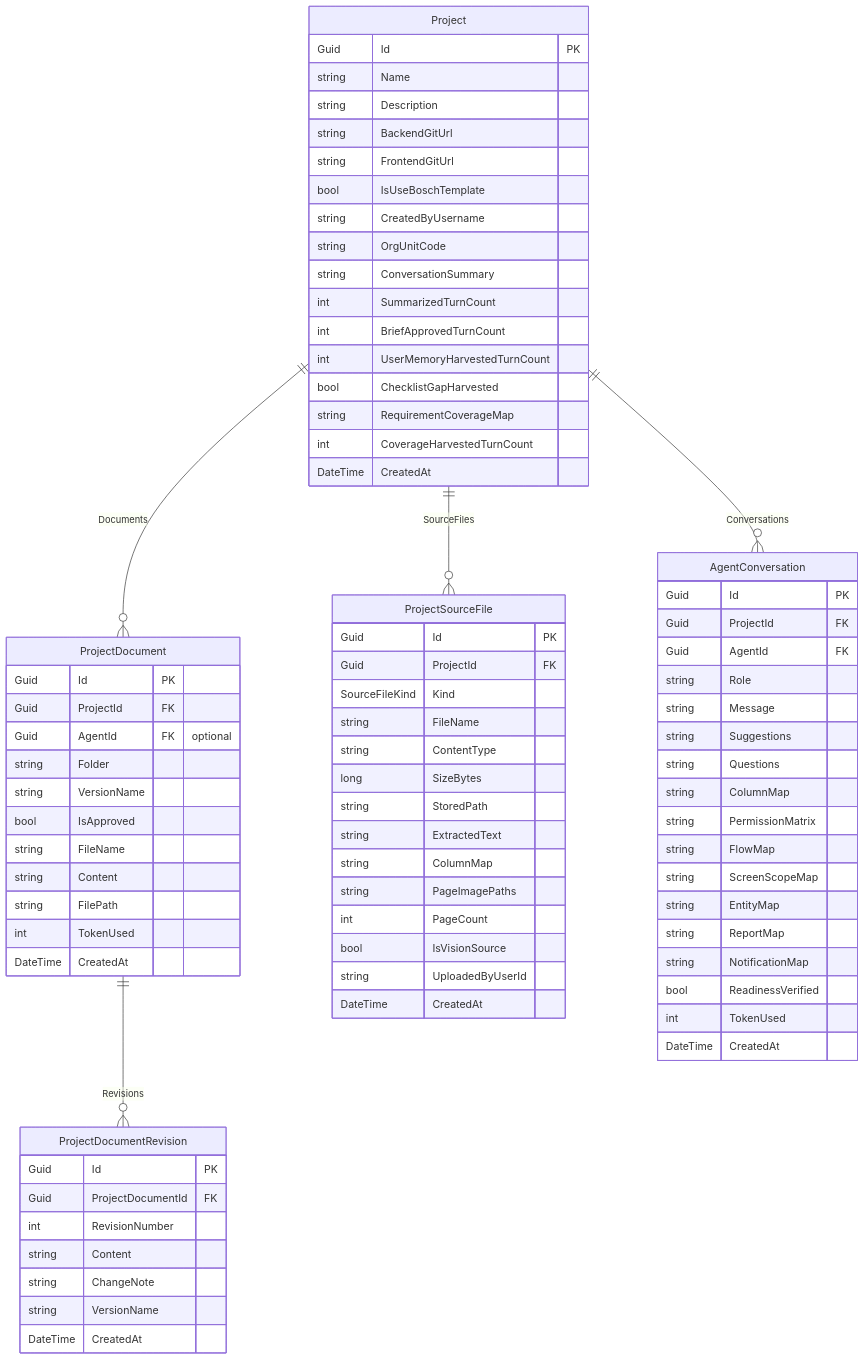
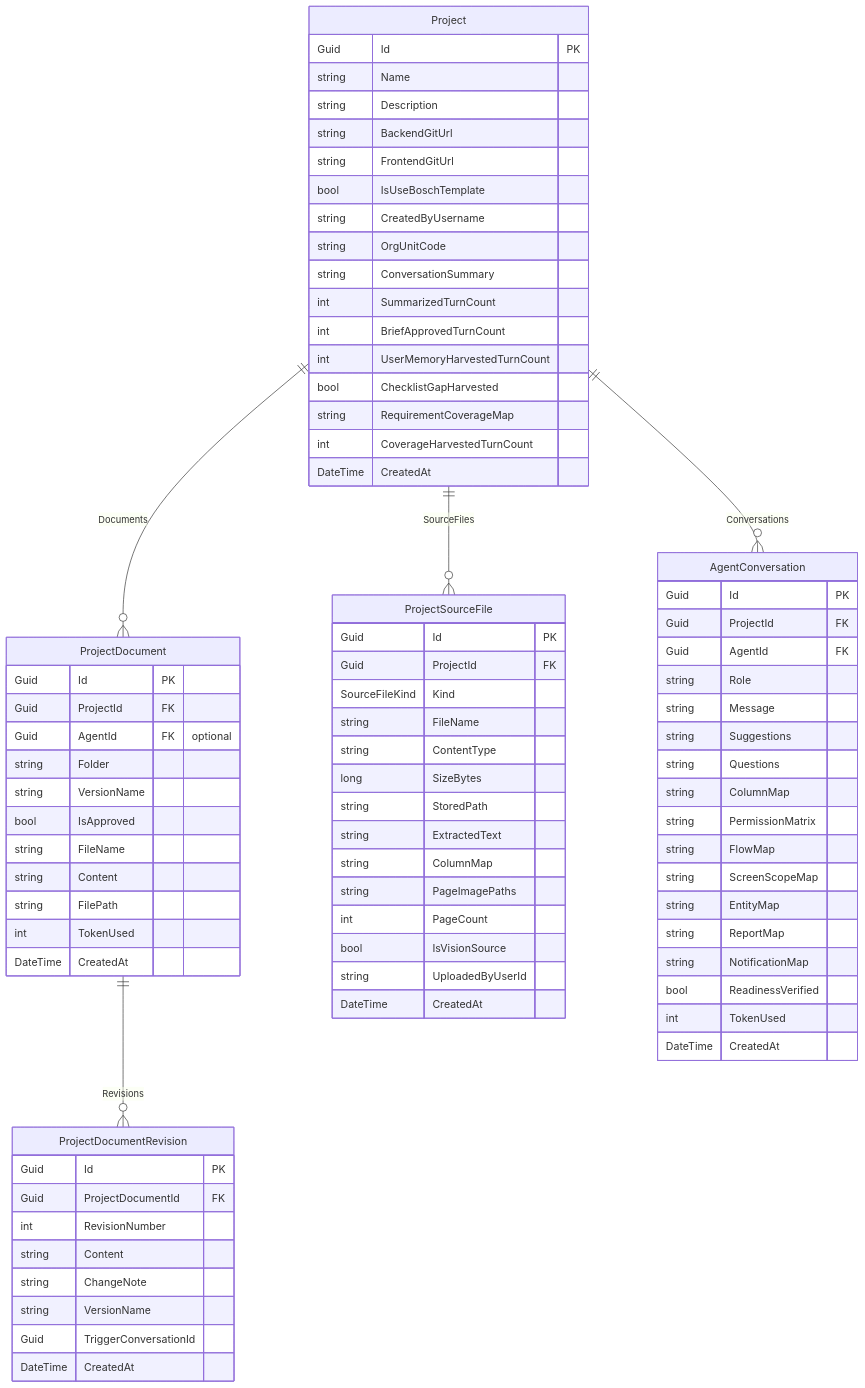
Before and after one commit to Songlong0506/ICOGenerator-v4: the second of 9 diagrams in docs/data-model.md, drawn with Mermaid. The commit also changed other lines of this file and 9 other files, not shown here.

```diff
--- a/docs/data-model.md
+++ b/docs/data-model.md
@@ -133,6 +133,7 @@
         string Content
         string ChangeNote
         string VersionName
+        Guid TriggerConversationId
         DateTime CreatedAt
     }
 
```
